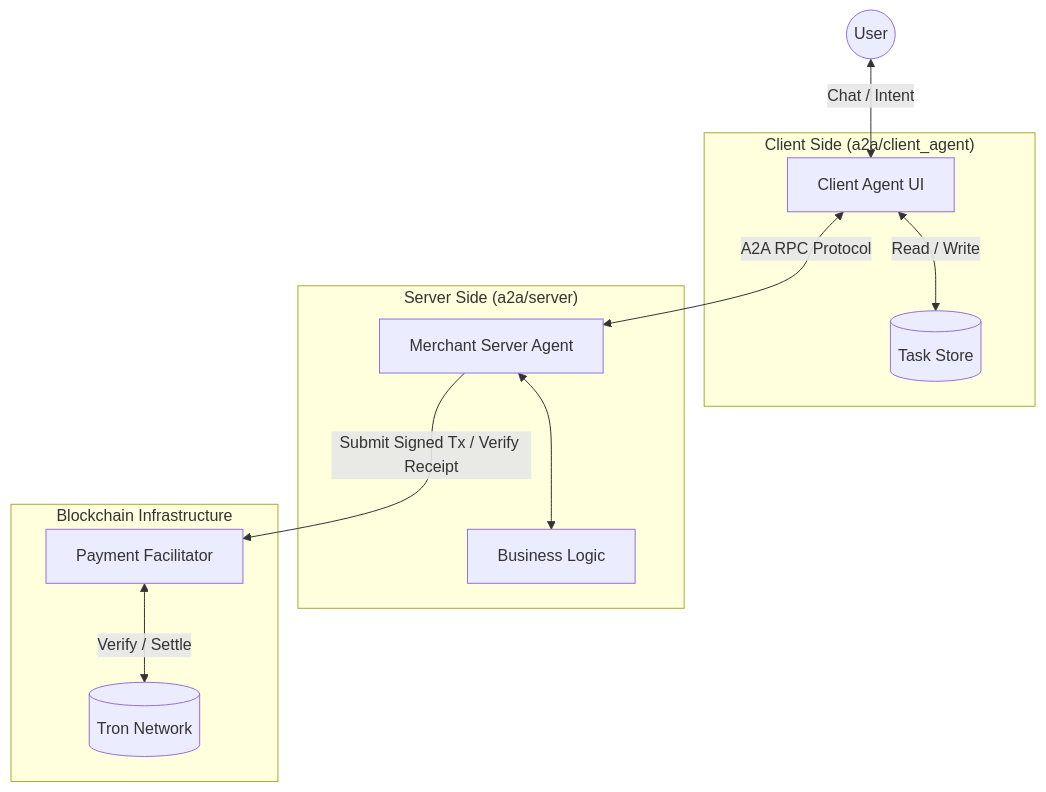
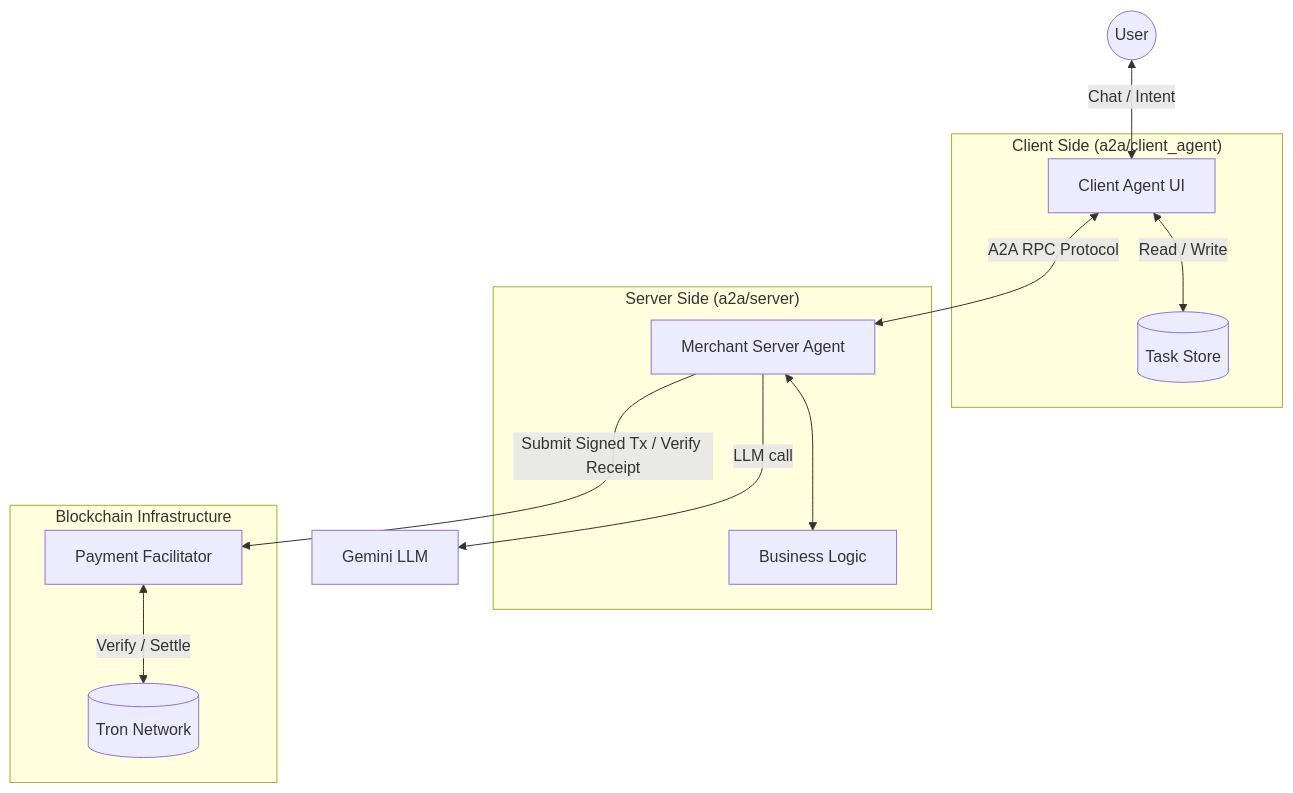
Before and after one commit to bankofai/x402-demo: the first of 2 diagrams in a2a/README.md, drawn with Mermaid. The commit also changed other lines of this file and 14 other files, not shown here.

````diff
--- a/a2a/README.md
+++ b/a2a/README.md
@@ -9,28 +35,32 @@
 ```mermaid
 graph TD
     User((User))
     
     subgraph "Client Side (a2a/client_agent)"
         ClientAgent[Client Agent UI]
         TaskStore[(Task Store)]
     end
     
     subgraph "Server Side (a2a/server)"
         MerchantServer[Merchant Server Agent]
         ServiceLogic[Business Logic]
     end
+
+    Gemini[Gemini LLM]
     
     subgraph "Blockchain Infrastructure"
         Facilitator[Payment Facilitator]
         Tron[(Tron Network)]
     end
 
     User <-->|Chat / Intent| ClientAgent
     ClientAgent <-->|Read / Write| TaskStore
     
     ClientAgent <-->|A2A RPC Protocol| MerchantServer
     MerchantServer <--> ServiceLogic
+
+    MerchantServer -->|LLM call| Gemini
     
     MerchantServer -->|Submit Signed Tx / Verify Receipt| Facilitator
     Facilitator <-->|Verify / Settle| Tron
 ```
````
